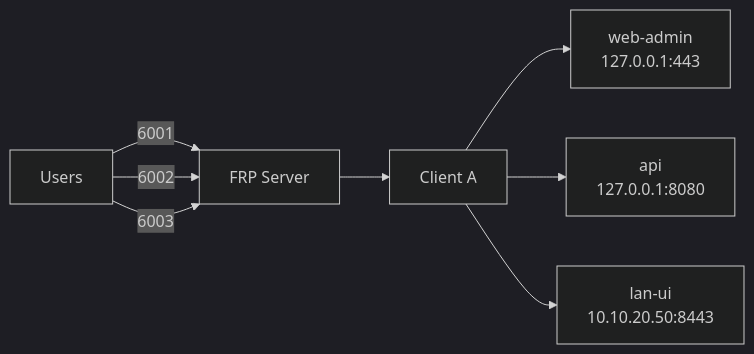
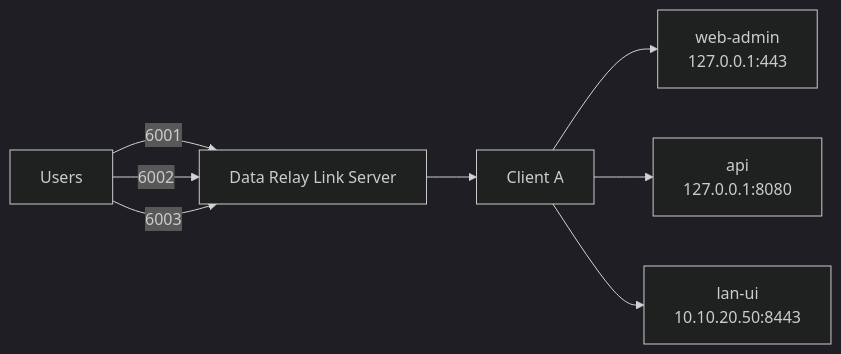
One commit to datarelay-labs/data-relay-link-docs changed the third of 3 diagrams in ko/guides/http-https.mdx. Above: the diagram before and after it, drawn with Mermaid (dark theme). The commit also changed other lines of this file and 32 other files, not shown here.

````diff
--- a/ko/guides/http-https.mdx
+++ b/ko/guides/http-https.mdx
@@ -64,17 +64,17 @@
 ```mermaid
 flowchart LR
     U[Users]
-    S[FRP Server]
+    S[Data Relay Link Server]
     C[Client A]
     A[web-admin\n127.0.0.1:443]
     B[api\n127.0.0.1:8080]
     D[lan-ui\n10.10.20.50:8443]
 
     U -->|6001| S
     U -->|6002| S
     U -->|6003| S
     S --> C
     C --> A
     C --> B
     C --> D
 ```
````
